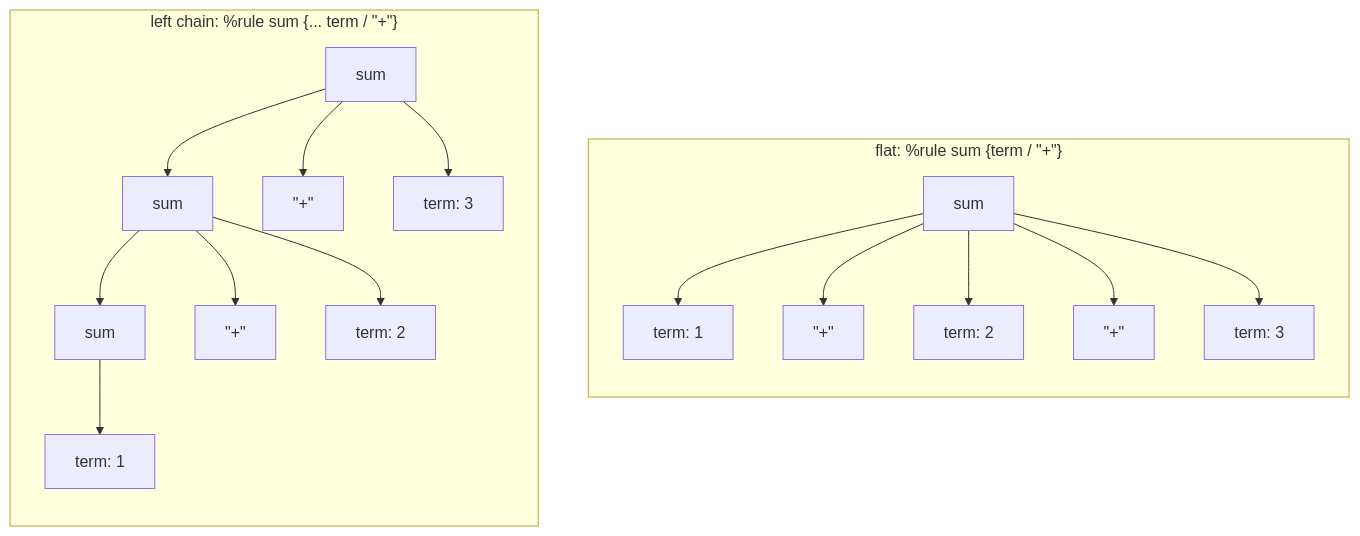
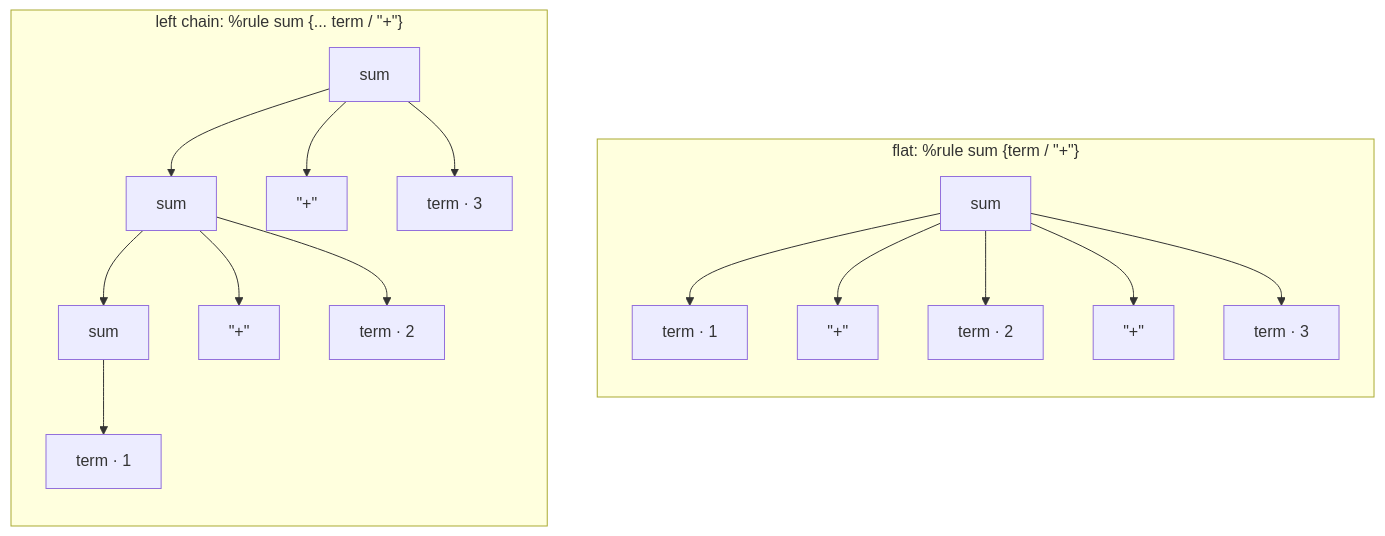
The second of 3 diagrams in docs/notation.md (int19h/gencmu), drawn with Mermaid before and after one commit. The commit also changed other lines of this file and 1 other file, not shown here.

Commit message:
Correct the notation diagrams, the foreign-run subject and the KU grouping note

````diff
--- a/docs/notation.md
+++ b/docs/notation.md
@@ -259,21 +259,21 @@
 ```mermaid
 flowchart TB
   subgraph flat ["flat: %rule sum {term / #quot;+#quot;}"]
     direction TB
-    f["sum"] --> f1["term: 1"]
+    f["sum"] --> f1["term · 1"]
     f --> fp1["#quot;+#quot;"]
-    f --> f2["term: 2"]
+    f --> f2["term · 2"]
     f --> fp2["#quot;+#quot;"]
-    f --> f3["term: 3"]
+    f --> f3["term · 3"]
   end
   subgraph chain ["left chain: %rule sum {... term / #quot;+#quot;}"]
     direction TB
     c["sum"] --> c12["sum"]
     c --> cp2["#quot;+#quot;"]
-    c --> c3["term: 3"]
+    c --> c3["term · 3"]
     c12 --> c1s["sum"]
     c12 --> cp1["#quot;+#quot;"]
-    c12 --> c2["term: 2"]
-    c1s --> c1["term: 1"]
+    c12 --> c2["term · 2"]
+    c1s --> c1["term · 1"]
   end
 ```
````
